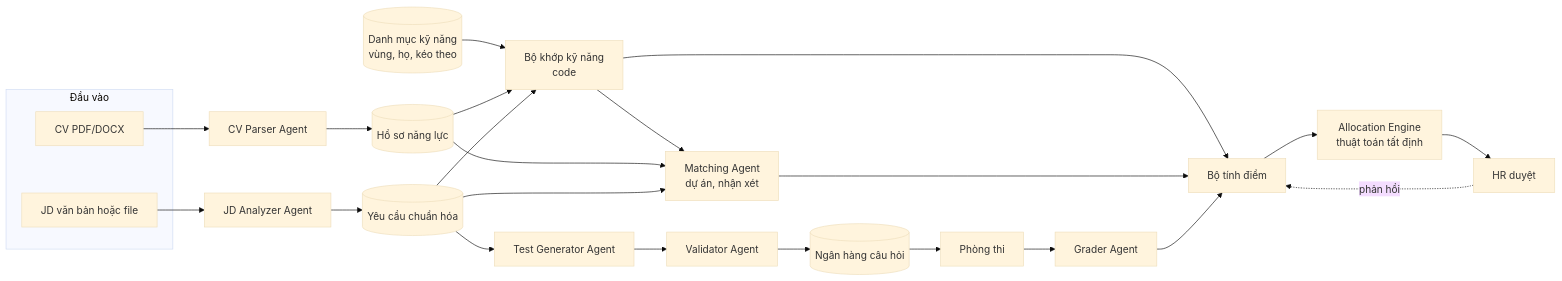
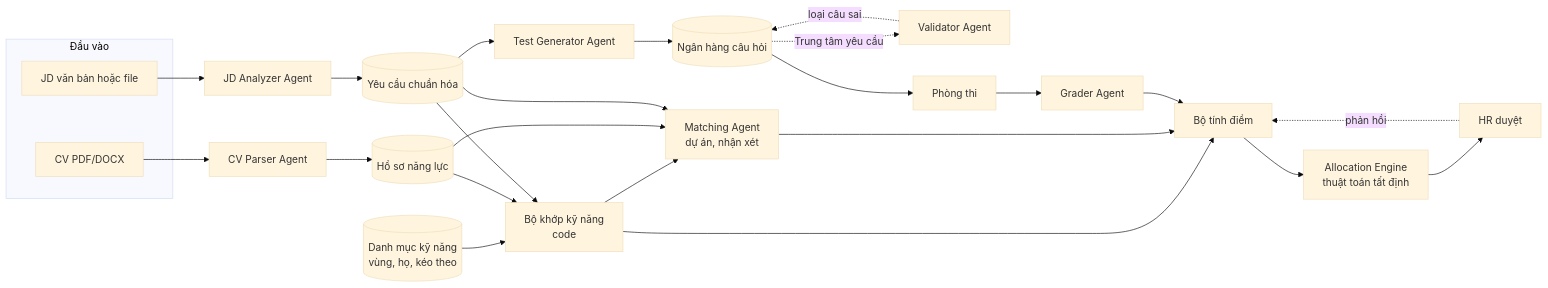
One commit to PDTnhah/Smart-Recruit-Match changed the third of 4 diagrams in docs/PRD.md. Above: the diagram before and after it, drawn with Mermaid (base theme). The commit also changed other lines of this file and 18 other files, not shown here.

````diff
--- a/docs/PRD.md
+++ b/docs/PRD.md
@@ -746,28 +747,29 @@
 ```mermaid
 flowchart LR
     subgraph IN[Đầu vào]
         CVF[CV PDF/DOCX]
         JDF[JD văn bản hoặc file]
     end
     CVF --> P[CV Parser Agent]
     JDF --> J[JD Analyzer Agent]
     P --> PROF[(Hồ sơ năng lực)]
     J --> REQ[(Yêu cầu chuẩn hóa)]
     TAX[(Danh mục kỹ năng<br/>vùng, họ, kéo theo)] --> SKM[Bộ khớp kỹ năng<br/>code]
     PROF --> SKM
     REQ --> SKM
     SKM --> M[Matching Agent<br/>dự án, nhận xét]
     PROF --> M
     REQ --> M
     SKM --> SC
     REQ --> G[Test Generator Agent]
-    G --> V[Validator Agent]
-    V --> BANK[(Ngân hàng câu hỏi)]
+    G --> BANK[(Ngân hàng câu hỏi)]
+    BANK -. Trung tâm yêu cầu .-> V[Validator Agent]
+    V -. loại câu sai .-> BANK
     BANK --> EXAM[Phòng thi]
     EXAM --> GR[Grader Agent]
     M --> SC[Bộ tính điểm]
     GR --> SC
     SC --> AL[Allocation Engine<br/>thuật toán tất định]
     AL --> HRV[HR duyệt]
     HRV -. phản hồi .-> SC
 ```
````
